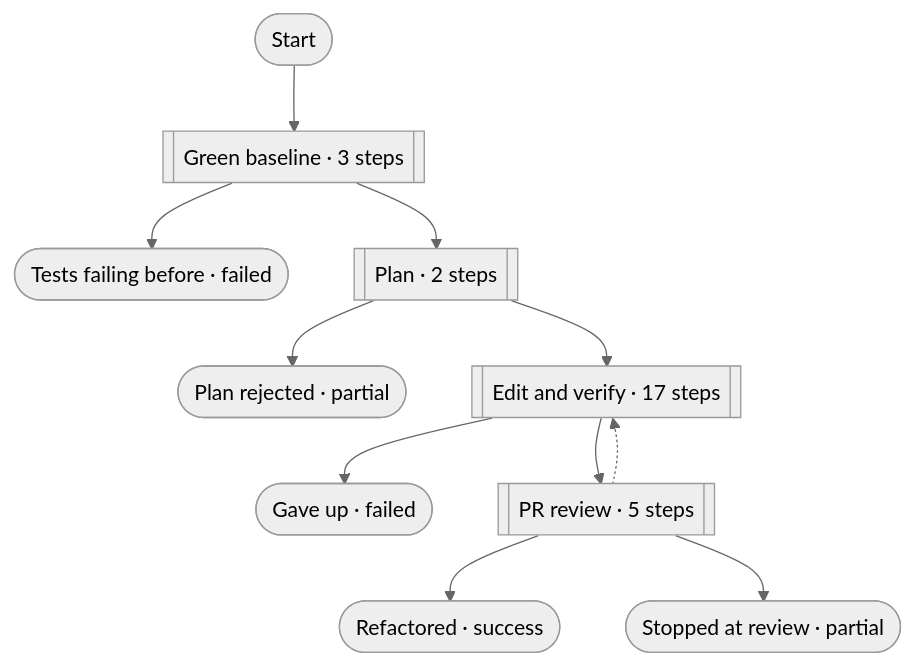
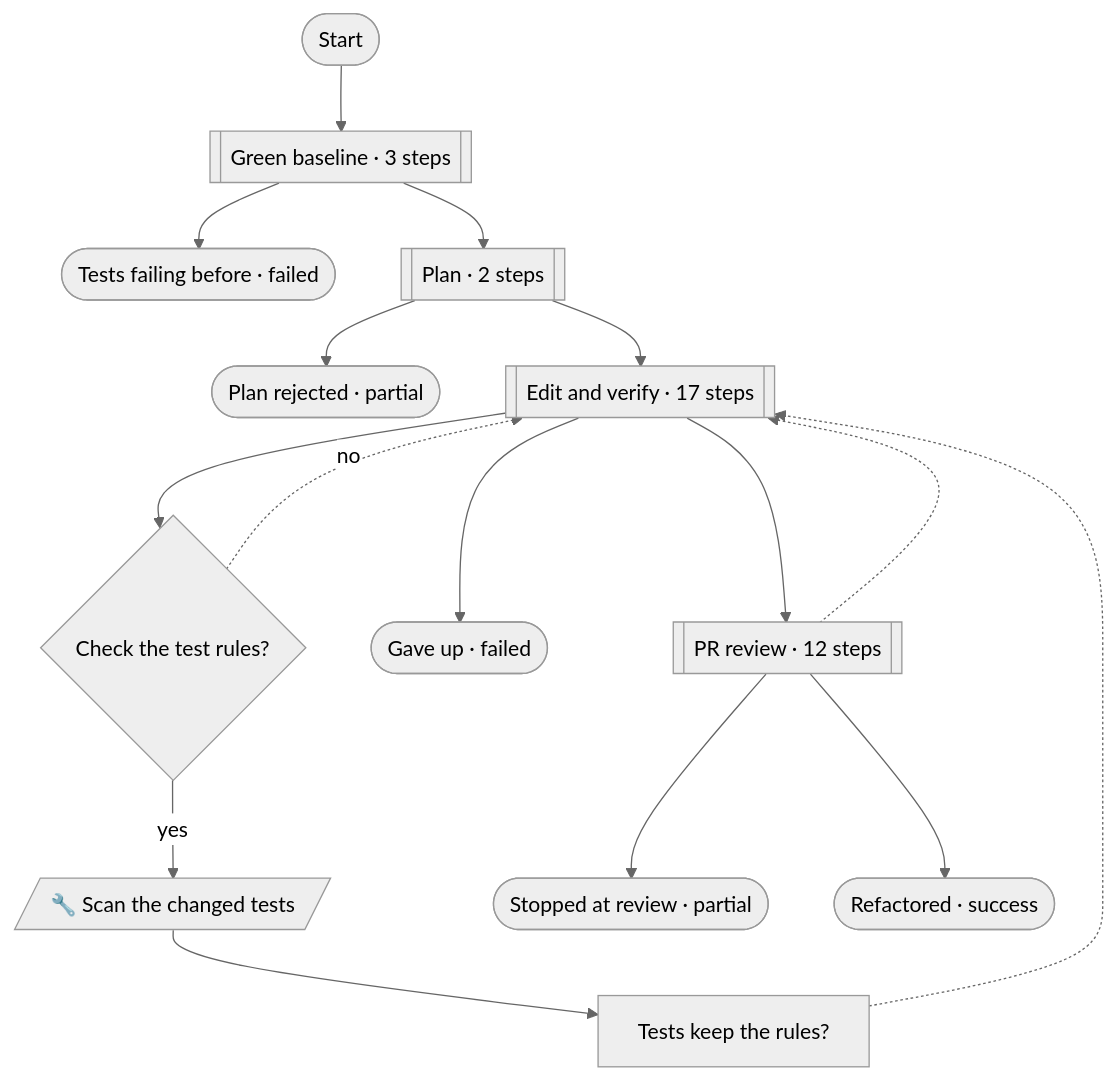
Before and after one commit to pirty6/symphony-core: the third of 7 diagrams in docs/patterns.md, drawn with Mermaid (neutral theme). The commit also changed other lines of this file and 11 other files, not shown here.

First line of the commit message:
fix, implement, refactor: the critical path before the edit, the test rules and the lenses after

````diff
--- a/docs/patterns.md
+++ b/docs/patterns.md
@@ -449,23 +457,31 @@
 ```mermaid
 flowchart TD
   n_start(["Start"])
+  n_testRulesDue{"Check the test rules?"}
+  n_scanTests[/"🔧 Scan the changed tests"/]
+  n_testRules["Tests keep the rules?"]
   n_reviewStopped(["Stopped at review · partial"])
   n_refactored(["Refactored · success"])
   n_gaveUp(["Gave up · failed"])
   n_notGreen(["Tests failing before · failed"])
   n_rejected(["Plan rejected · partial"])
   n_baselinePhase[["Green baseline · 3 steps"]]
   n_planPhase[["Plan · 2 steps"]]
   n_editPhase[["Edit and verify · 17 steps"]]
-  n_prReviewPhase[["PR review · 5 steps"]]
+  n_prReviewPhase[["PR review · 12 steps"]]
   n_start --> n_baselinePhase
   n_baselinePhase --> n_notGreen
   n_baselinePhase --> n_planPhase
   n_planPhase --> n_editPhase
   n_planPhase --> n_rejected
+  n_editPhase --> n_testRulesDue
+  n_testRulesDue -->|"yes"| n_scanTests
+  n_testRulesDue -.->|"no"| n_editPhase
+  n_scanTests --> n_testRules
+  n_testRules -.-> n_editPhase
   n_editPhase --> n_prReviewPhase
   n_editPhase --> n_gaveUp
   n_prReviewPhase --> n_refactored
   n_prReviewPhase -.-> n_editPhase
   n_prReviewPhase --> n_reviewStopped
 ```
````
